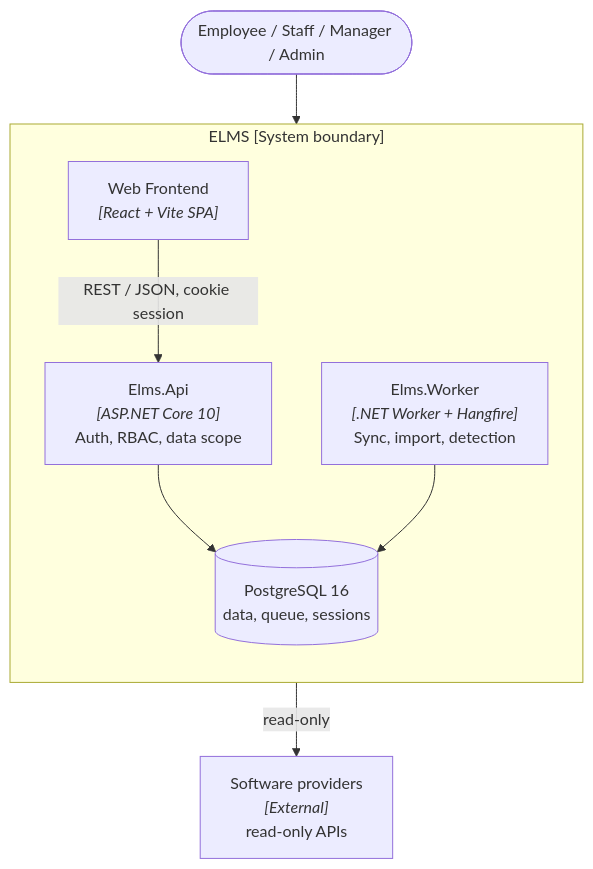
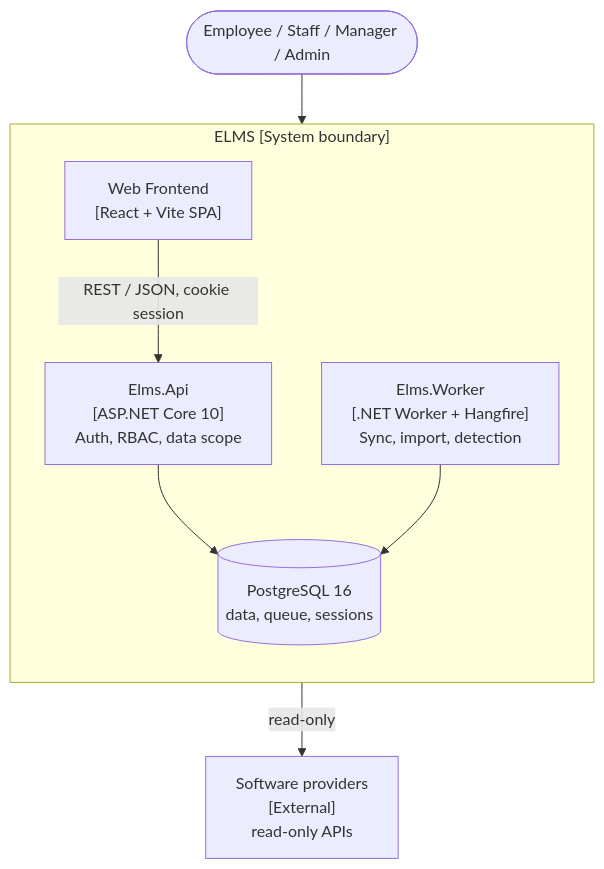
One commit to cuonglpv/VFast changed the second of 2 diagrams in README.md. Above: the diagram before and after it, drawn with Mermaid. The commit also changed other lines of this file and 1 other file, not shown here.

Commit message:
docs: add C4 architecture document and C4 views in README

````diff
--- a/README.md
+++ b/README.md
@@ -128,17 +146,17 @@
 ```mermaid
 flowchart TB
     people(["Employee / Staff / Manager / Admin"])
-    providers["Software providers<br/><i>[External]</i><br/>read-only APIs"]
+    providers["Software providers<br/>[External]<br/>read-only APIs"]
     subgraph platform["ELMS [System boundary]"]
         direction TB
-        web["Web Frontend<br/><i>[React + Vite SPA]</i>"]
-        api["Elms.Api<br/><i>[ASP.NET Core 10]</i><br/>Auth, RBAC, data scope"]
-        worker["Elms.Worker<br/><i>[.NET Worker + Hangfire]</i><br/>Sync, import, detection"]
+        web["Web Frontend<br/>[React + Vite SPA]"]
+        api["Elms.Api<br/>[ASP.NET Core 10]<br/>Auth, RBAC, data scope"]
+        worker["Elms.Worker<br/>[.NET Worker + Hangfire]<br/>Sync, import, detection"]
         db[("PostgreSQL 16<br/>data, queue, sessions")]
     end
     people --> web
     web -- "REST / JSON, cookie session" --> api
     api --> db
     worker --> db
     worker -- "read-only" --> providers
 ```
````
